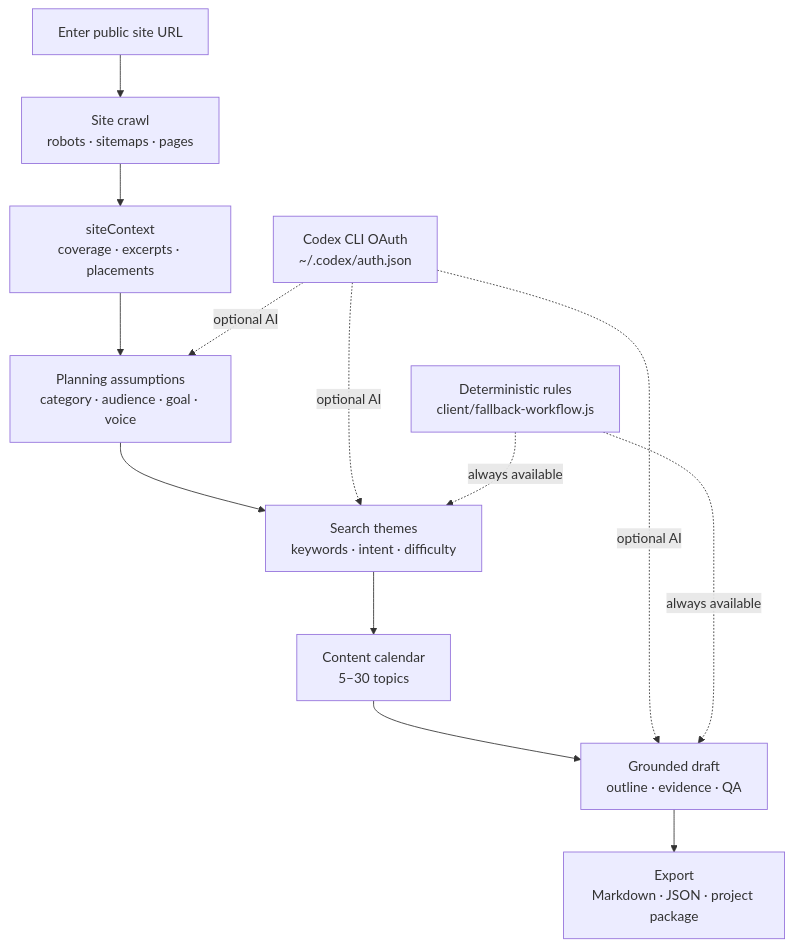
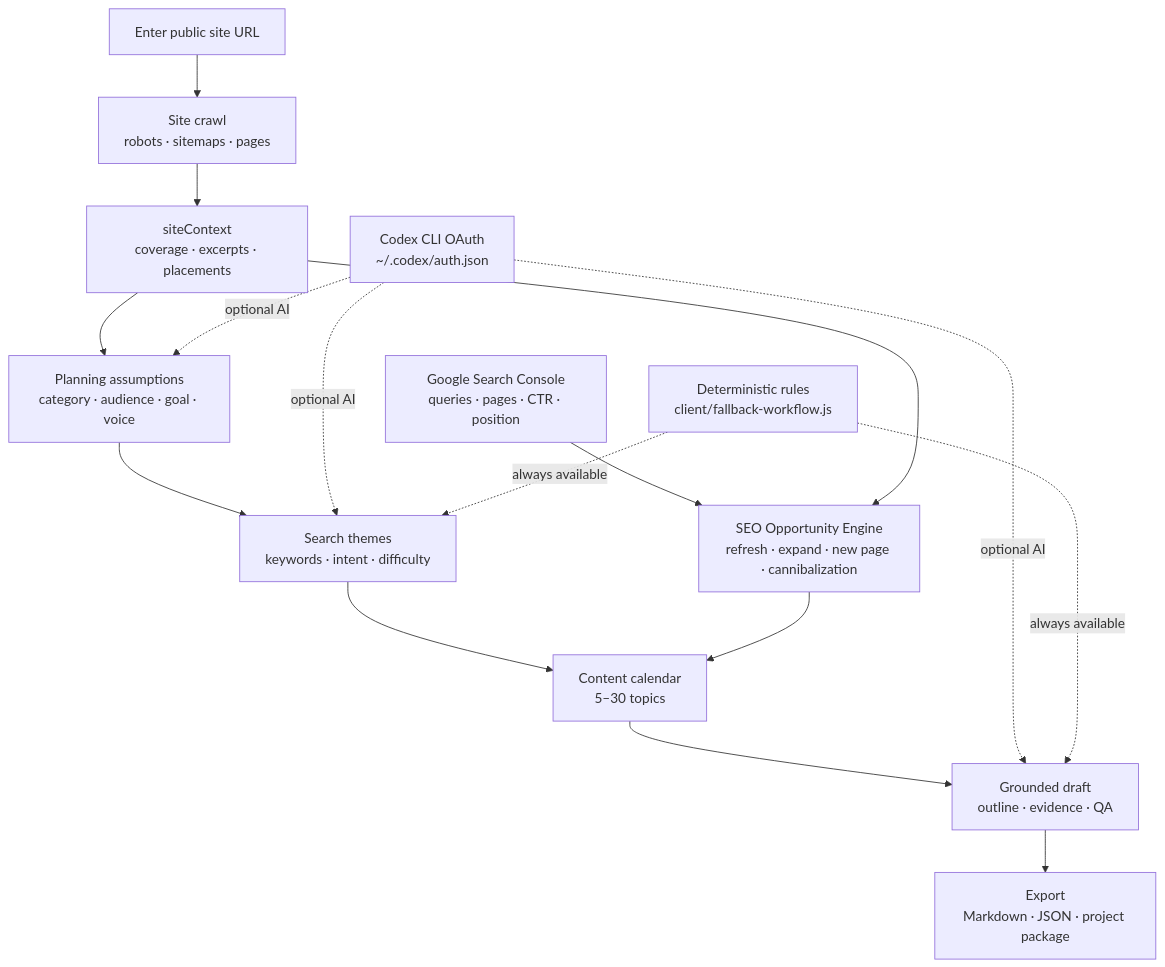
Before and after one commit to ingeniousfrog/Rankwell: the first of 2 diagrams in README.md, drawn with Mermaid. The commit also changed other lines of this file and 45 other files, not shown here.

First line of the commit message:
Add GSC-driven SEO opportunity planning and release v0.2.0.

````diff
--- a/README.md
+++ b/README.md
@@ -43,22 +44,29 @@
 ```mermaid
 flowchart TB
   URL["Enter public site URL"]
   Crawl["Site crawl\nrobots · sitemaps · pages"]
   Context["siteContext\ncoverage · excerpts · placements"]
   Assumptions["Planning assumptions\ncategory · audience · goal · voice"]
+  GSC["Google Search Console\nqueries · pages · CTR · position"]
+  Opportunity["SEO Opportunity Engine\nrefresh · expand · new page · cannibalization"]
   Themes["Search themes\nkeywords · intent · difficulty"]
   Calendar["Content calendar\n5–30 topics"]
   Draft["Grounded draft\noutline · evidence · QA"]
   Export["Export\nMarkdown · JSON · project package"]
 
   URL --> Crawl --> Context --> Assumptions
-  Assumptions --> Themes --> Calendar --> Draft --> Export
+  Assumptions --> Themes
+  GSC --> Opportunity
+  Context --> Opportunity
+  Themes --> Calendar
+  Opportunity --> Calendar
+  Calendar --> Draft --> Export
 
   Provider["Codex CLI OAuth\n~/.codex/auth.json"]
   Fallback["Deterministic rules\nclient/fallback-workflow.js"]
   Provider -.->|"optional AI"| Assumptions
   Provider -.->|"optional AI"| Themes
   Provider -.->|"optional AI"| Draft
   Fallback -.->|"always available"| Themes
   Fallback -.->|"always available"| Draft
 ```
````
